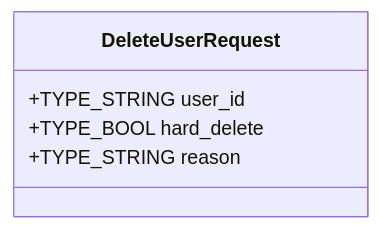
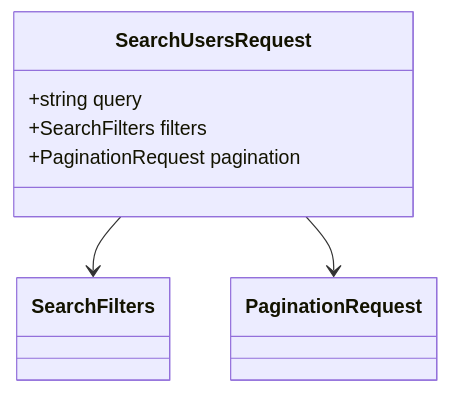
One commit to kyivinua/root changed diagram 37 of 47 in test-monorepo/docs/consolidated/UserService.md. Above: the diagram before and after it, drawn with Mermaid. The commit also changed other lines of this file and 5 other files, not shown here.

````diff
--- a/test-monorepo/docs/consolidated/UserService.md
+++ b/test-monorepo/docs/consolidated/UserService.md
@@ -773,8 +1842,10 @@
 ```mermaid
 classDiagram
-    class DeleteUserRequest {
-        +TYPE_STRING user_id
-        +TYPE_BOOL hard_delete
-        +TYPE_STRING reason
+    class SearchUsersRequest {
+        +string query
+        +SearchFilters filters
+        +PaginationRequest pagination
     }
+    SearchUsersRequest --> SearchFilters
+    SearchUsersRequest --> PaginationRequest
 ```
````
